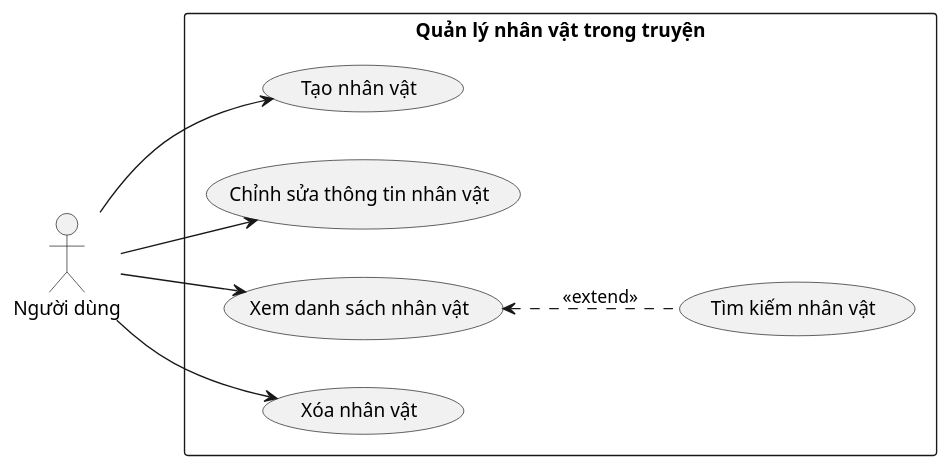
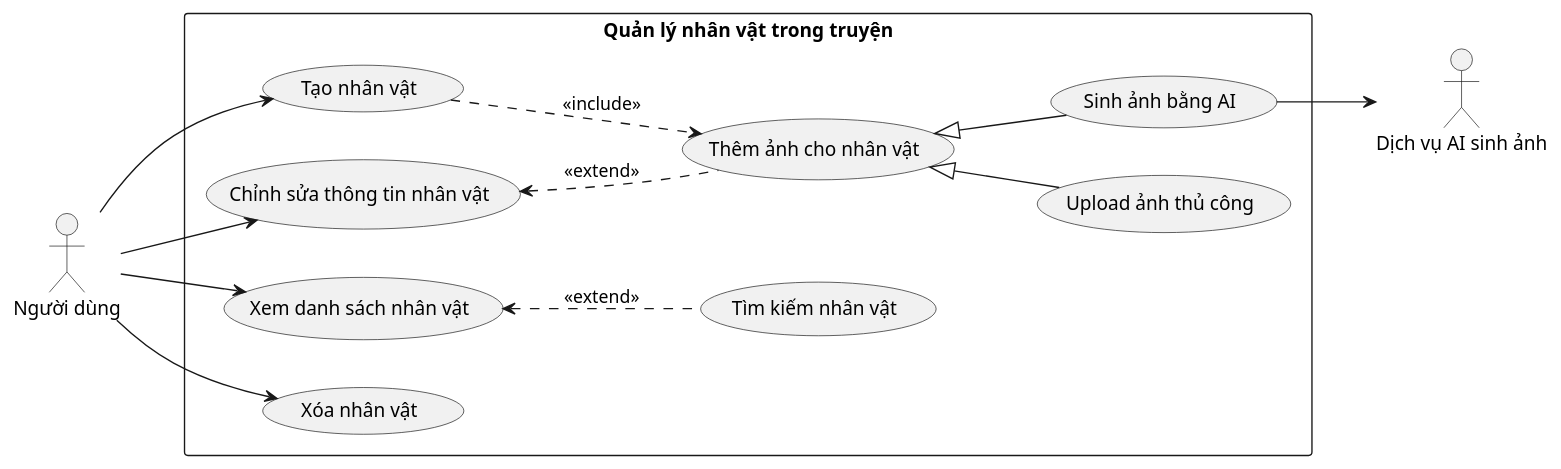
The diagram in docs/use-case-diagrams/quan-ly-nhan-vat.puml (202416852-anhpv/story2video-docs), drawn with PlantUML before and after one commit. The commit also changed 1 other file, not shown here.

```diff
--- a/docs/use-case-diagrams/quan-ly-nhan-vat.puml
+++ b/docs/use-case-diagrams/quan-ly-nhan-vat.puml
@@ -1,21 +1,30 @@
 @startuml quan-ly-nhan-vat
 left to right direction
 
 actor "Người dùng" as User
+actor "Dịch vụ AI sinh ảnh" as AI_IMG
 
 rectangle "Quản lý nhân vật trong truyện" {
     usecase "Tạo nhân vật" as UC_01
     usecase "Chỉnh sửa thông tin nhân vật" as UC_02
     usecase "Xem danh sách nhân vật" as UC_03
     usecase "Xóa nhân vật" as UC_04
     usecase "Tìm kiếm nhân vật" as UC_05
+    usecase "Thêm ảnh cho nhân vật" as UC_06
+    usecase "Upload ảnh thủ công" as UC_07
+    usecase "Sinh ảnh bằng AI" as UC_08
 }
 
 User --> UC_01
 User --> UC_02
 User --> UC_03
 User --> UC_04
+UC_08 --> AI_IMG
 
 UC_03 <.. UC_05 : <<extend>>
+UC_01 ..> UC_06 : <<include>>
+UC_02 <.. UC_06 : <<extend>>
+UC_06 <|-- UC_07
+UC_06 <|-- UC_08
 
 @enduml
```
